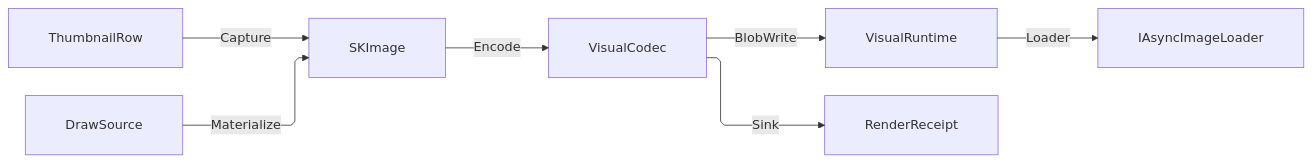
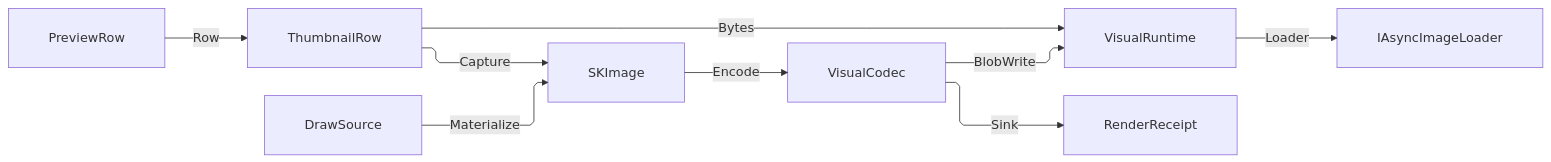
Before and after one commit to bsamiee/Rasm: the diagram in libs/csharp/Rasm.AppUi/.planning/Render/capture.md, drawn with Mermaid. The commit also changed other lines of this file and 818 other files, not shown here.

````diff
--- a/libs/csharp/Rasm.AppUi/.planning/Render/capture.md
+++ b/libs/csharp/Rasm.AppUi/.planning/Render/capture.md
@@ -397,18 +597,20 @@
 ```mermaid
 ---
 config:
   layout: elk
   flowchart:
     curve: linear
     padding: 25
 ---
 flowchart LR
     accTitle: Thumbnail capture flow
-    accDescr: Host capture or owned drawing produces an image that encodes into a receipt and display cache.
+    accDescr: Host capture or a preview row produces an image that encodes into a receipt and a durable blob the display cache reads.
+    PreviewRow -->|Row| ThumbnailRow
     ThumbnailRow -->|Capture| SKImage
     DrawSource -->|Materialize| SKImage
     SKImage -->|Encode| VisualCodec
     VisualCodec -->|BlobWrite| VisualRuntime
     VisualCodec -->|Sink| RenderReceipt
+    ThumbnailRow -->|Bytes| VisualRuntime
     VisualRuntime -->|Loader| IAsyncImageLoader
 ```
````
